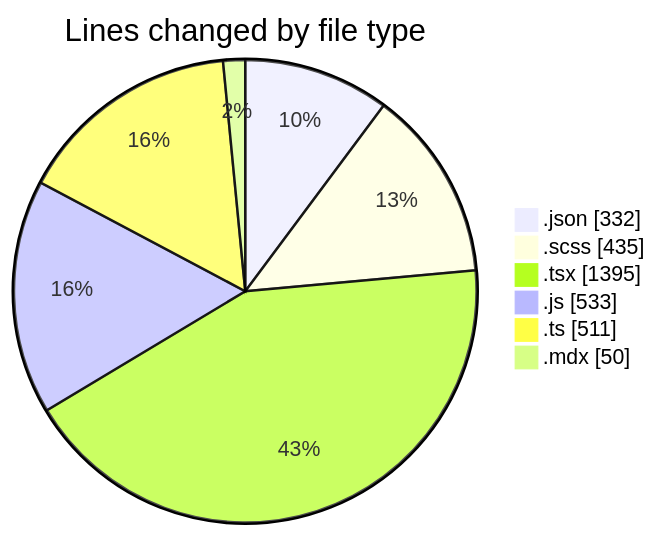
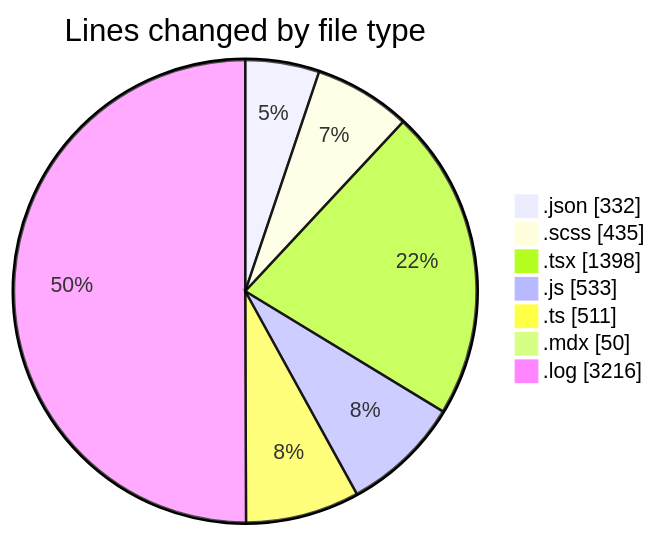
The first of 2 diagrams in 2026-04-20/cda/README.md (momahboobian/code-tracking), drawn with Mermaid before and after one commit. The commit also changed other lines of this file and 1 other file, not shown here.

````diff
--- a/2026-04-20/cda/README.md
+++ b/2026-04-20/cda/README.md
@@ -38,10 +39,11 @@
 ```mermaid
 pie showData
 title Lines changed by file type
 ".json" : 332
 ".scss" : 435
-".tsx" : 1395
+".tsx" : 1398
 ".js" : 533
 ".ts" : 511
 ".mdx" : 50
+".log" : 3216
 ```
````
